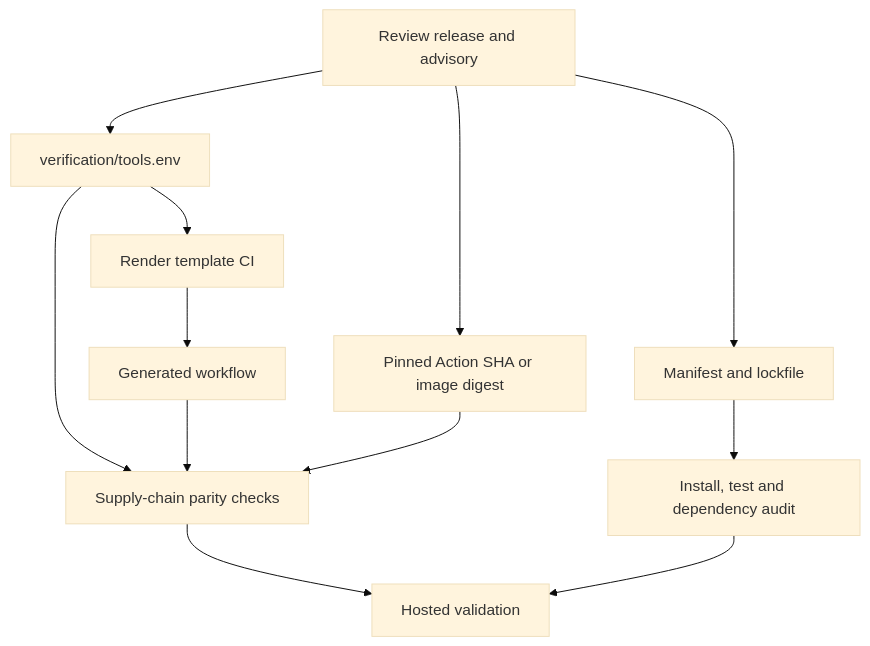
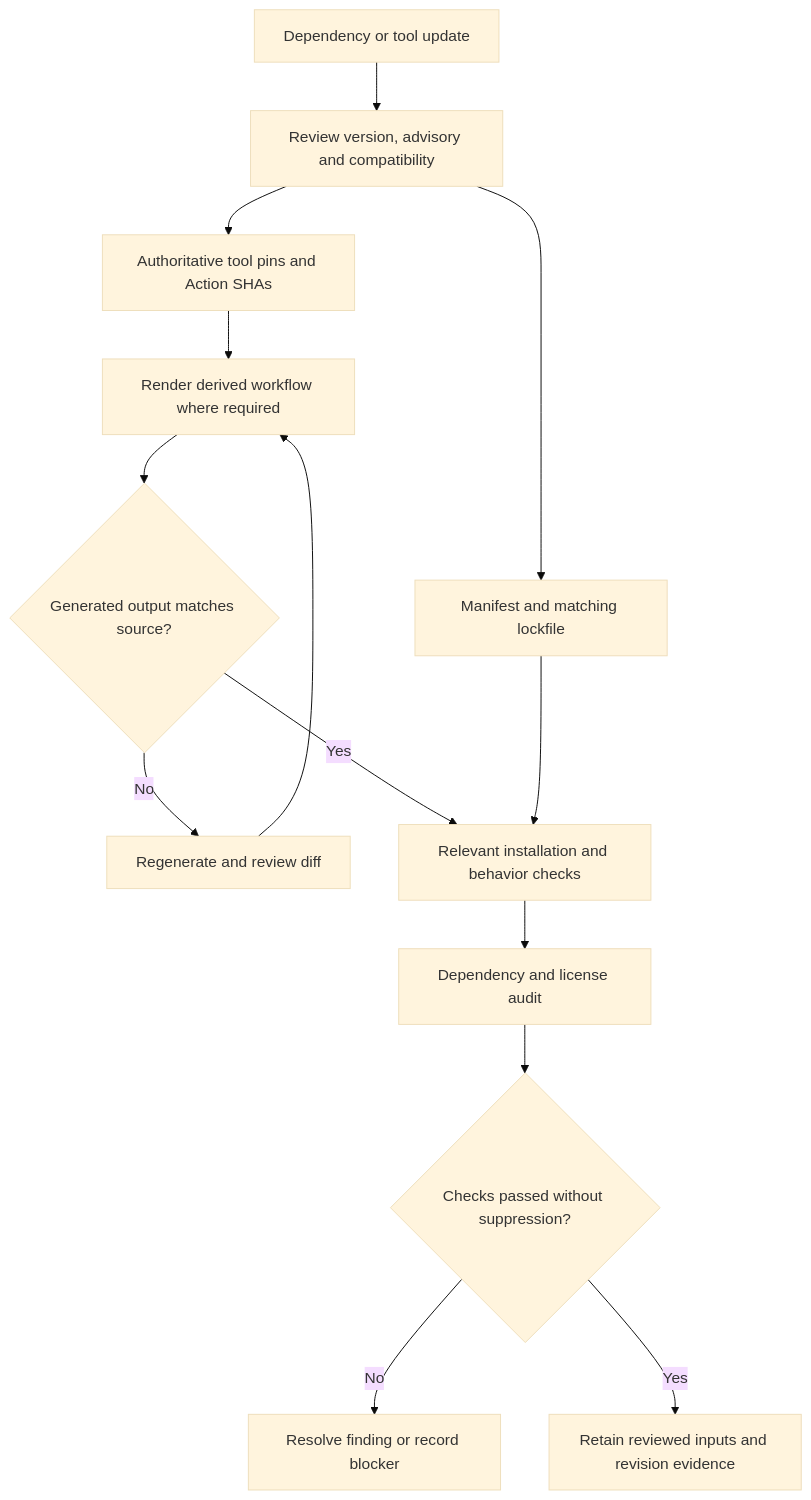
One commit to Soku-JINSEOK/Soku-Convention-Boilerplate changed the diagram in docs/standards/SUPPLY_CHAIN.md. Above: the diagram before and after it, drawn with Mermaid (base theme). The commit also changed other lines of this file and 118 other files, not shown here.

First line of the commit message:
📚 docs(readability): explain every document and expand flow diagrams

````diff
--- a/docs/standards/SUPPLY_CHAIN.md
+++ b/docs/standards/SUPPLY_CHAIN.md
@@ -7,14 +11,16 @@
 ```mermaid
 flowchart TD
-  review["Review release and advisory"] --> deps["Manifest and lockfile"]
-  review --> toolsNode["verification/tools.env"]
-  review --> actions["Pinned Action SHA or image digest"]
-  toolsNode --> render["Render template CI"]
-  render --> generated["Generated workflow"]
-  toolsNode --> parity["Supply-chain parity checks"]
-  generated --> parity
-  actions --> parity
-  deps --> ecosystem["Install, test and dependency audit"]
-  parity --> gate["Hosted validation"]
-  ecosystem --> gate
+  change["Dependency or tool update"] --> review["Review version, advisory and compatibility"]
+  review --> locks["Manifest and matching lockfile"]
+  review --> toolsNode["Authoritative tool pins and Action SHAs"]
+  toolsNode --> render["Render derived workflow where required"]
+  render --> parity{"Generated output matches source?"}
+  parity -->|"No"| repair["Regenerate and review diff"]
+  repair --> render
+  parity -->|"Yes"| validation["Relevant installation and behavior checks"]
+  locks --> validation
+  validation --> audit["Dependency and license audit"]
+  audit --> result{"Checks passed without suppression?"}
+  result -->|"No"| blocked["Resolve finding or record blocker"]
+  result -->|"Yes"| evidence["Retain reviewed inputs and revision evidence"]
 ```
````
